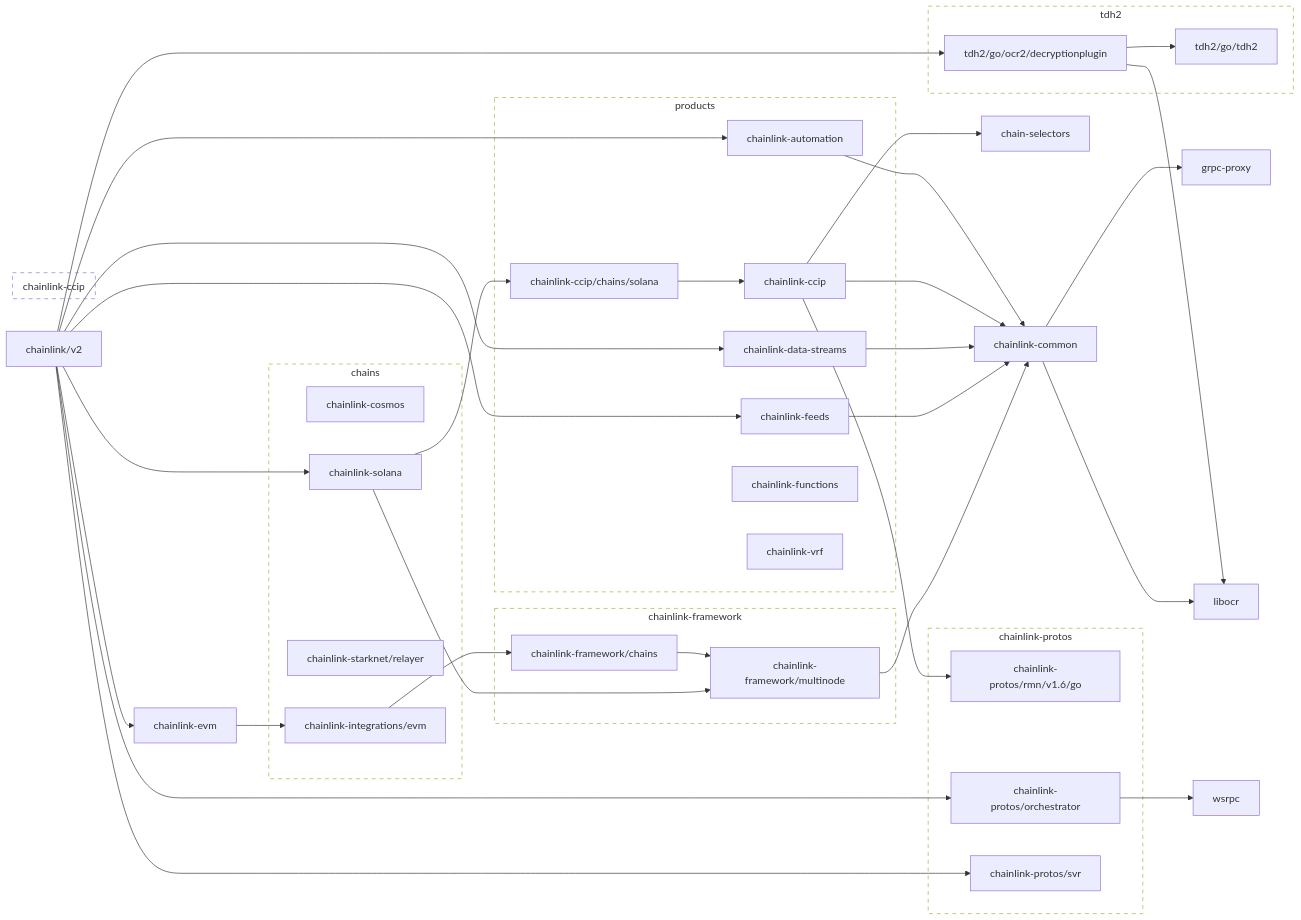
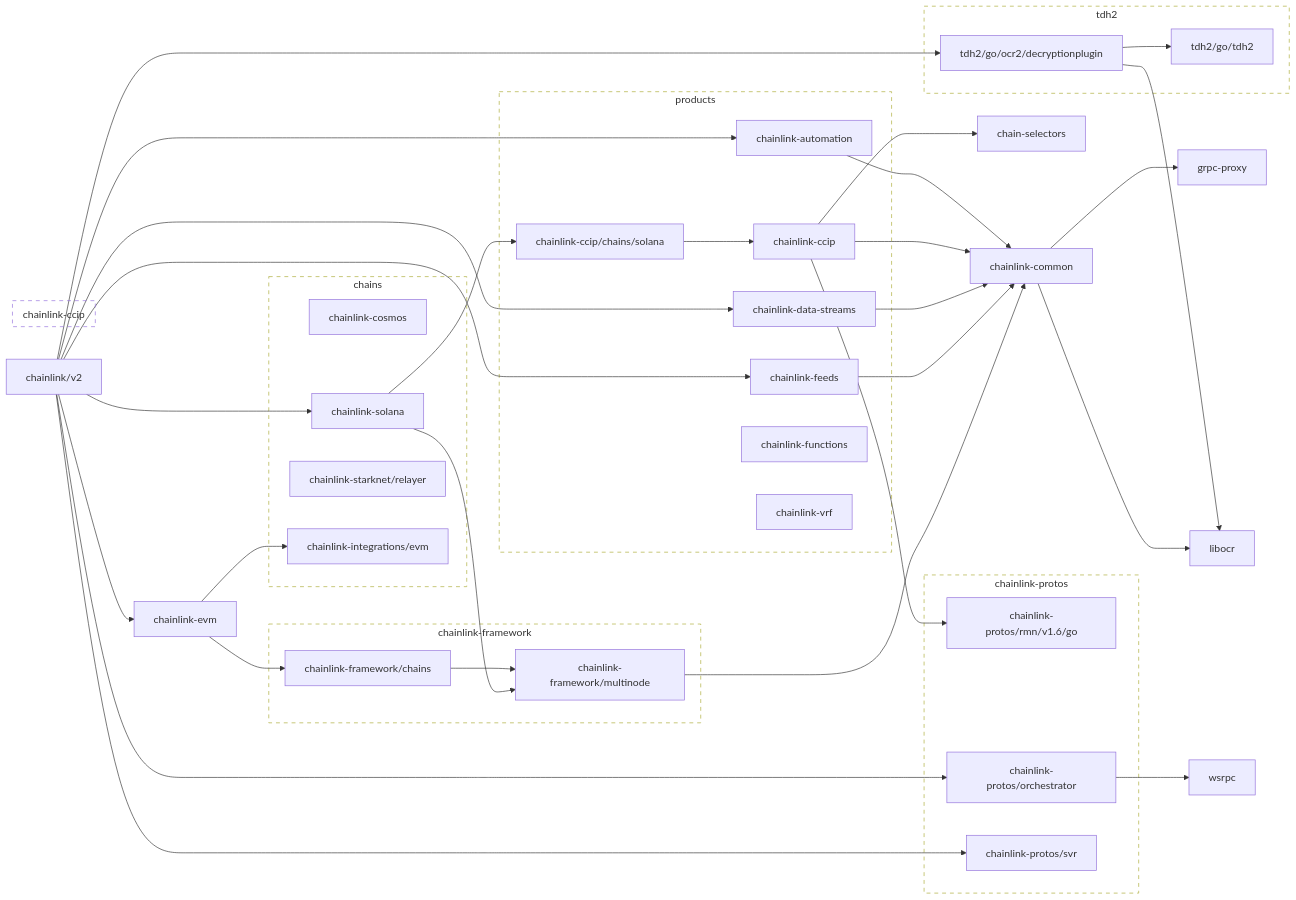
Before and after one commit to JohnDaWalka/chainlink: the first of 2 diagrams in go.md, drawn with Mermaid. The commit also changed other lines of this file and 604 other files, not shown here.

First line of the commit message:
[BCI-4196] Replace chainlink-integrations/evm -> chainlink-evm/pkg (#17180)

```diff
--- a/go.md
+++ b/go.md
@@ -37,6 +37,7 @@
 	click chainlink-common href "https://github.com/smartcontractkit/chainlink-common"
 	chainlink-data-streams --> chainlink-common
 	click chainlink-data-streams href "https://github.com/smartcontractkit/chainlink-data-streams"
+	chainlink-evm --> chainlink-framework/chains
 	chainlink-evm --> chainlink-integrations/evm
 	click chainlink-evm href "https://github.com/smartcontractkit/chainlink-evm"
 	chainlink-feeds --> chainlink-common
@@ -45,7 +46,7 @@
 	click chainlink-framework/chains href "https://github.com/smartcontractkit/chainlink-framework"
 	chainlink-framework/multinode --> chainlink-common
 	click chainlink-framework/multinode href "https://github.com/smartcontractkit/chainlink-framework"
-	chainlink-integrations/evm --> chainlink-framework/chains
+	chainlink-integrations/evm
 	click chainlink-integrations/evm href "https://github.com/smartcontractkit/chainlink-integrations"
 	chainlink-protos/orchestrator --> wsrpc
 	click chainlink-protos/orchestrator href "https://github.com/smartcontractkit/chainlink-protos"
```
